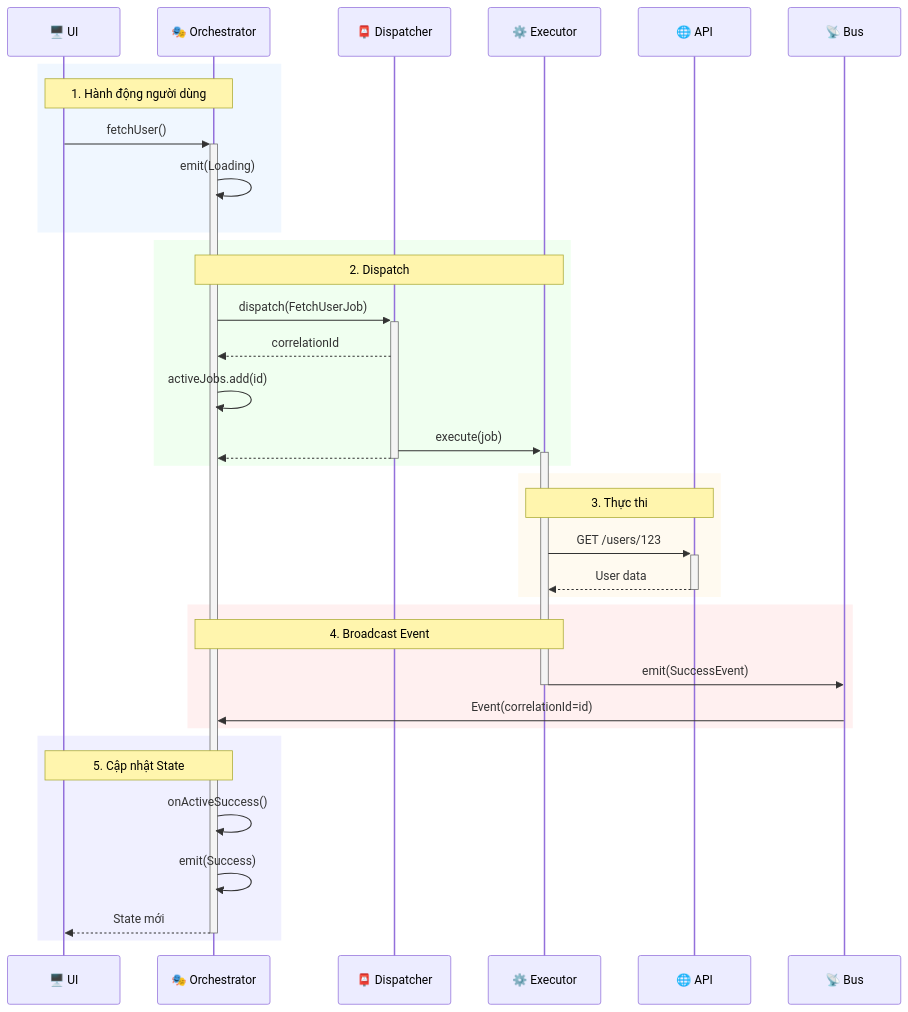
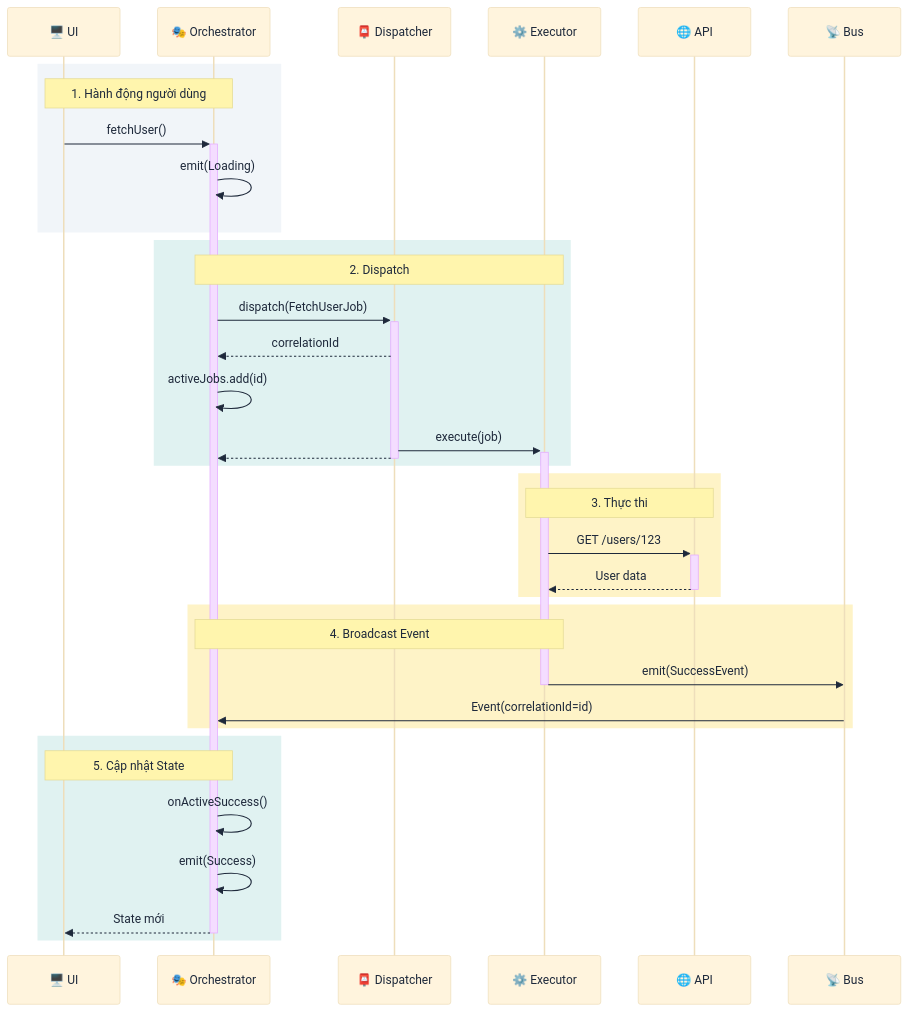
One commit to lploc94/flutter_orchestrator changed diagram 12 of 13 in book/vi/chapters/03_core_implementation.md. Above: the diagram before and after it, drawn with Mermaid. The commit also changed other lines of this file and 3 other files, not shown here.

````diff
--- a/book/vi/chapters/03_core_implementation.md
+++ b/book/vi/chapters/03_core_implementation.md
@@ -275,43 +333,44 @@
 ```mermaid
+%%{init: {'theme': 'base', 'themeVariables': { 'primaryTextColor': '#1e293b', 'noteTextColor': '#1e293b', 'actorTextColor': '#1e293b' }}}%%
 sequenceDiagram
     participant UI as 🖥️ UI
     participant Orch as 🎭 Orchestrator
     participant Disp as 📮 Dispatcher
     participant Exec as ⚙️ Executor
     participant API as 🌐 API
     participant Bus as 📡 Bus
     
-    rect rgb(240, 247, 255)
+    rect rgb(241, 245, 249)
         Note over UI,Orch: 1. Hành động người dùng
         UI->>+Orch: fetchUser()
         Orch->>Orch: emit(Loading)
     end
     
-    rect rgb(240, 255, 240)
+    rect rgb(224, 242, 241)
         Note over Orch,Exec: 2. Dispatch
         Orch->>+Disp: dispatch(FetchUserJob)
         Disp-->>Orch: correlationId
         Orch->>Orch: activeJobs.add(id)
         Disp->>+Exec: execute(job)
         Disp-->>-Orch: 
     end
     
-    rect rgb(255, 250, 240)
+    rect rgb(254, 243, 199)
         Note over Exec,API: 3. Thực thi
         Exec->>+API: GET /users/123
         API-->>-Exec: User data
     end
     
-    rect rgb(255, 240, 240)
+    rect rgb(254, 243, 199)
         Note over Exec,Orch: 4. Broadcast Event
         Exec->>-Bus: emit(SuccessEvent)
         Bus->>Orch: Event(correlationId=id)
     end
     
-    rect rgb(240, 240, 255)
+    rect rgb(224, 242, 241)
         Note over Orch,UI: 5. Cập nhật State
         Orch->>Orch: onActiveSuccess()
         Orch->>Orch: emit(Success)
         Orch-->>-UI: State mới
     end
 ```
````
